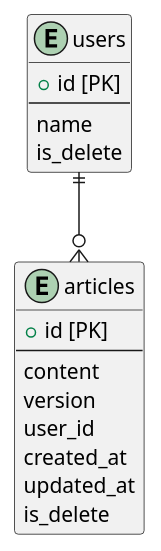
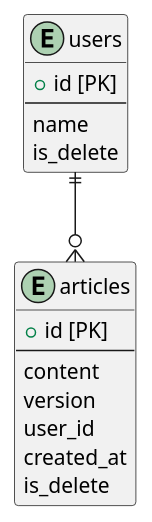
Before and after one commit to tasdsn/praha: the diagram in 05/db_modeling5-2.puml, drawn with PlantUML. The commit also changed 1 other file, not shown here.

```diff
--- a/05/db_modeling5-2.puml
+++ b/05/db_modeling5-2.puml
@@ -1,24 +1,23 @@
 @startuml
 '05_DBモデリング5
 
 entity users {
   + id [PK]
   --
   name
   is_delete
 }
 
 entity articles {
   + id [PK]
   --
   content
   version
   user_id
   created_at
-  updated_at
   is_delete
 }
 
 users          ||--o{ articles
 
 @enduml
```
